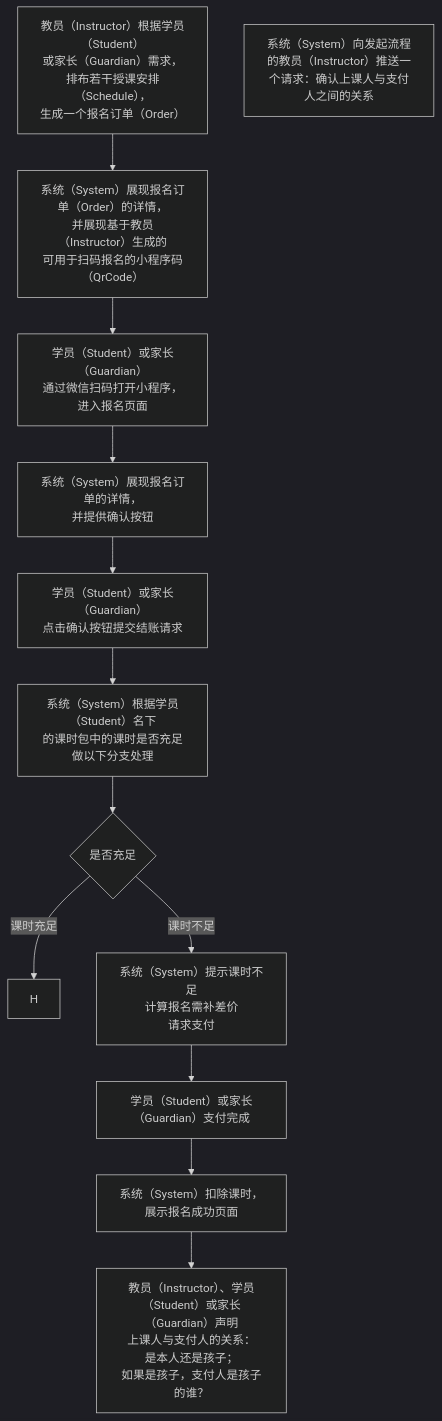
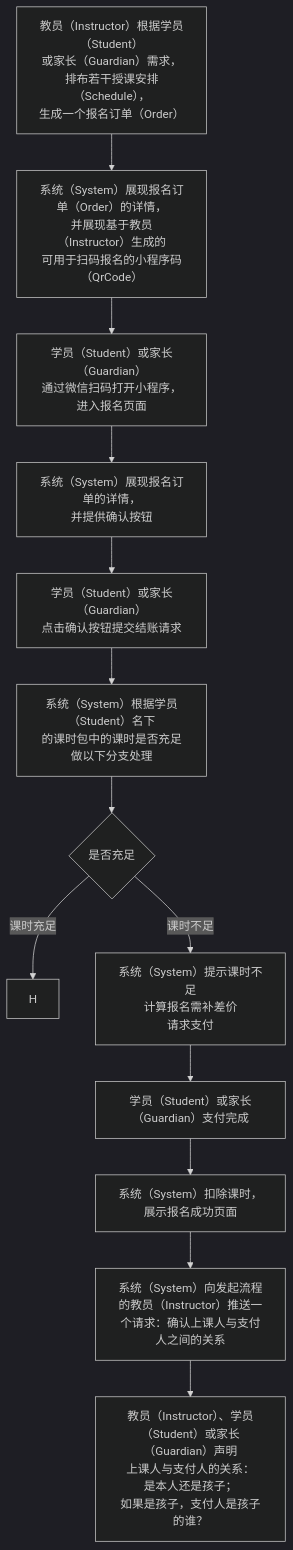
The diagram in 用例/报名.md (world-wide-web/sign), drawn with Mermaid (dark theme) before and after one commit. The commit also changed other lines of this file, not shown here.

Commit message:
用例/报名.md updated from https://stackedit.io/

````diff
--- a/用例/报名.md
+++ b/用例/报名.md
@@ -8,39 +8,40 @@
 ```mermaid
 graph TD
 
 生成报名订单-->生成报名码
 生成报名码-->扫码报名
 扫码报名-->展现报名订单
 展现报名订单-->确认并提交结账请求
 确认并提交结账请求-->检查课时数量
 检查课时数量-->判断课时数量
 判断课时数量--课时充足-->H
 判断课时数量--课时不足-->请求支付
 请求支付-->支付完成
 支付完成-->报名成功
-报名成功-->身份声明
+报名成功-->请求身份声明
+请求身份声明-->身份声明
 
 生成报名订单["<center>教员（Instructor）根据学员（Student）<br>或家长（Guardian）需求，<br>排布若干授课安排（Schedule），<br>生成一个报名订单（Order）</center>"]
 
 生成报名码["<center>系统（System）展现报名订单（Order）的详情，<br>并展现基于教员（Instructor）生成的<br>可用于扫码报名的小程序码（QrCode）</center>"]
 
 扫码报名["<center>学员（Student）或家长（Guardian）<br>通过微信扫码打开小程序，进入报名页面</center>"]
 
 展现报名订单["<center>系统（System）展现报名订单的详情，<br>并提供确认按钮</center>"]
 
 确认并提交结账请求["<center>学员（Student）或家长（Guardian）<br>点击确认按钮提交结账请求</center>"]
 
 检查课时数量["<center>系统（System）根据学员（Student）名下<br>的课时包中的课时是否充足做以下分支处理</center>"]
 
 判断课时数量{"<center>是否充足</center>"}
 
 请求支付["<center>系统（System）提示课时不足<br>计算报名需补差价<br>请求支付</center>"]
 
 支付完成["<center>学员（Student）或家长（Guardian）支付完成</center>"]
 
 报名成功["<center>系统（System）扣除课时，展示报名成功页面</center>"]
 
 请求身份声明["<center>系统（System）向发起流程的教员（Instructor）推送一个请求：确认上课人与支付人之间的关系</center>"]
 
 身份声明["<center>教员（Instructor）、学员（Student）或家长（Guardian）声明<br>上课人与支付人的关系：<br>是本人还是孩子；<br>如果是孩子，支付人是孩子的谁？</center>"]
 ```
````
